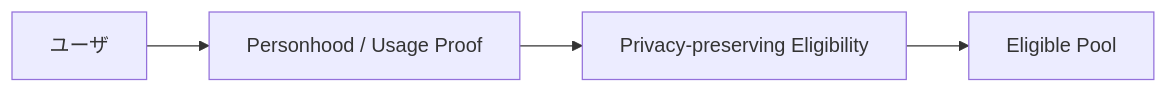
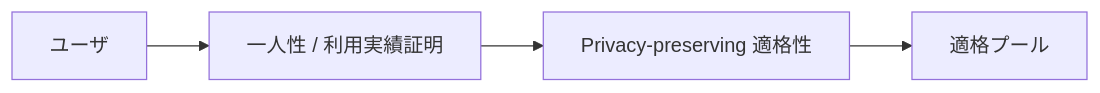
Before and after one commit to ShigeichiroYamasaki/creator-first-platform: diagram 16 of 23 in docs/whitepaper/07-governance.md, drawn with Mermaid. The commit also changed other lines of this file and 72 other files, not shown here.

````diff
--- a/docs/whitepaper/07-governance.md
+++ b/docs/whitepaper/07-governance.md
@@ -815,9 +815,9 @@
 ```mermaid
 flowchart LR
     USER[ユーザ]
-    PERSON[Personhood / Usage Proof]
-    PRIVACY[Privacy-preserving Eligibility]
-    POOL[Eligible Pool]
+    PERSON[一人性 / 利用実績証明]
+    PRIVACY[Privacy-preserving 適格性]
+    POOL[適格プール]
 
     USER --> PERSON --> PRIVACY --> POOL
 ```
````
